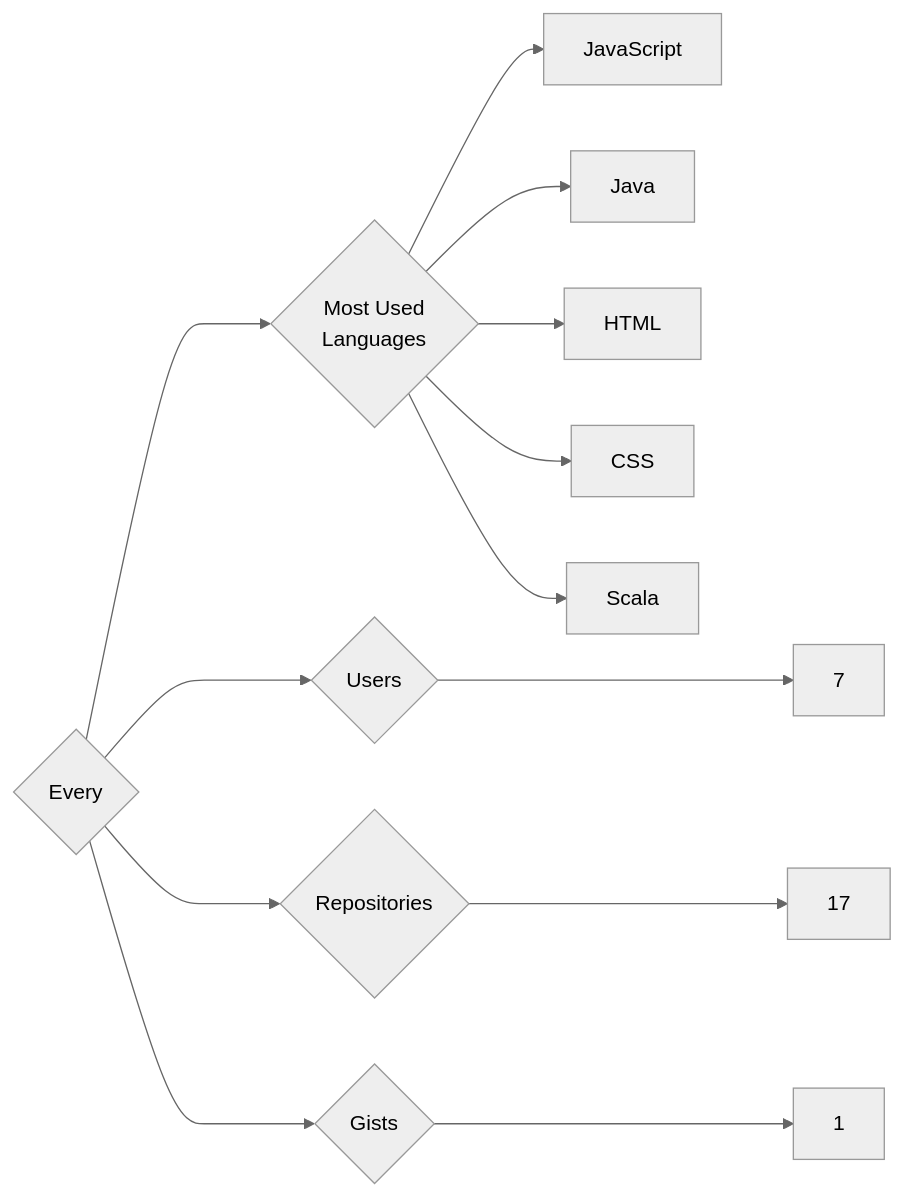
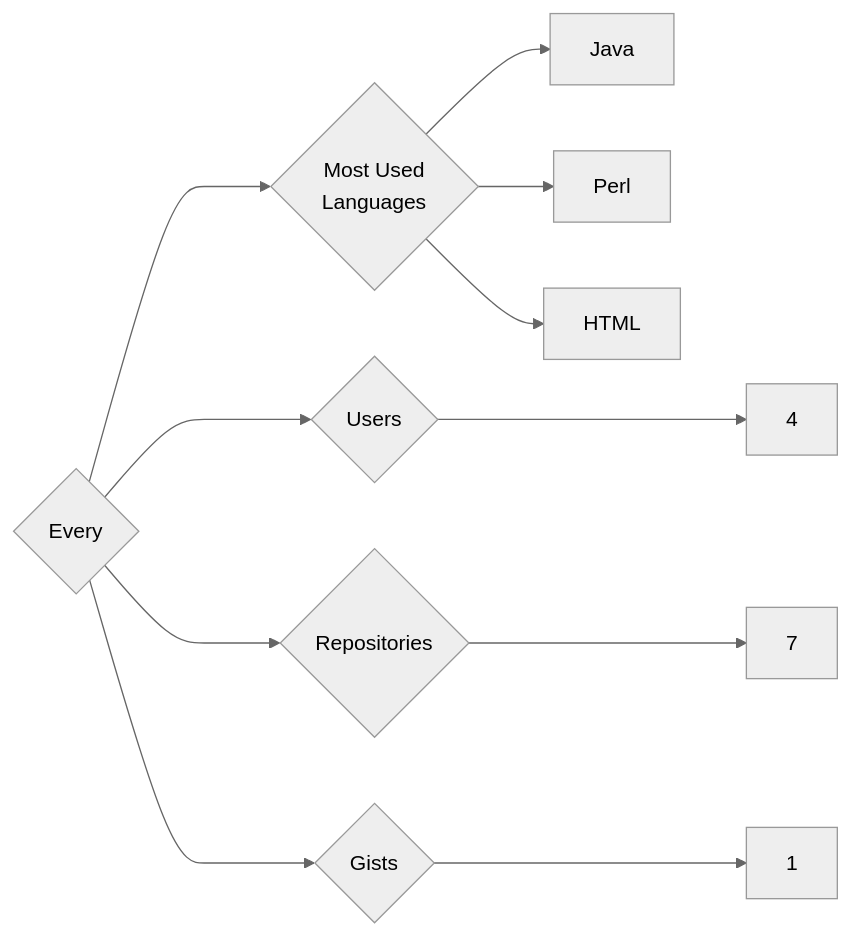
One commit to trickest/insiders changed the diagram in targets/Every/README.md. Above: the diagram before and after it, drawn with Mermaid (neutral theme). The commit also changed 718 other files, not shown here.

````diff
--- a/targets/Every/README.md
+++ b/targets/Every/README.md
@@ -3,13 +3,11 @@
 ```mermaid
 graph LR
 COMPANY_NAME{Every}
-COMPANY_NAME ---> U{Users} ---> UN[7]
-COMPANY_NAME ---> R{Repositories} ---> RN[17]
+COMPANY_NAME ---> U{Users} ---> UN[4]
+COMPANY_NAME ---> R{Repositories} ---> RN[7]
 COMPANY_NAME ---> G{Gists} ---> GN[1]
 COMPANY_NAME ---> ML{Most Used<br>Languages}
-ML --> JavaScript[JavaScript]
 ML --> Java[Java]
+ML --> Perl[Perl]
 ML --> HTML[HTML]
-ML --> CSS[CSS]
-ML --> Scala[Scala]
 ```
````
